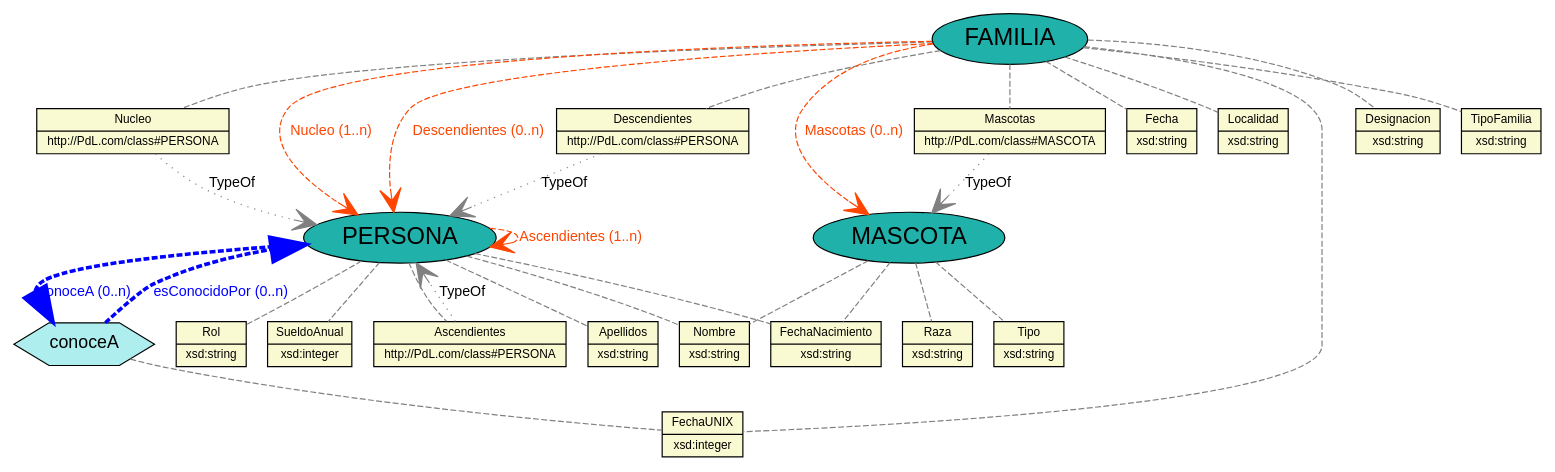
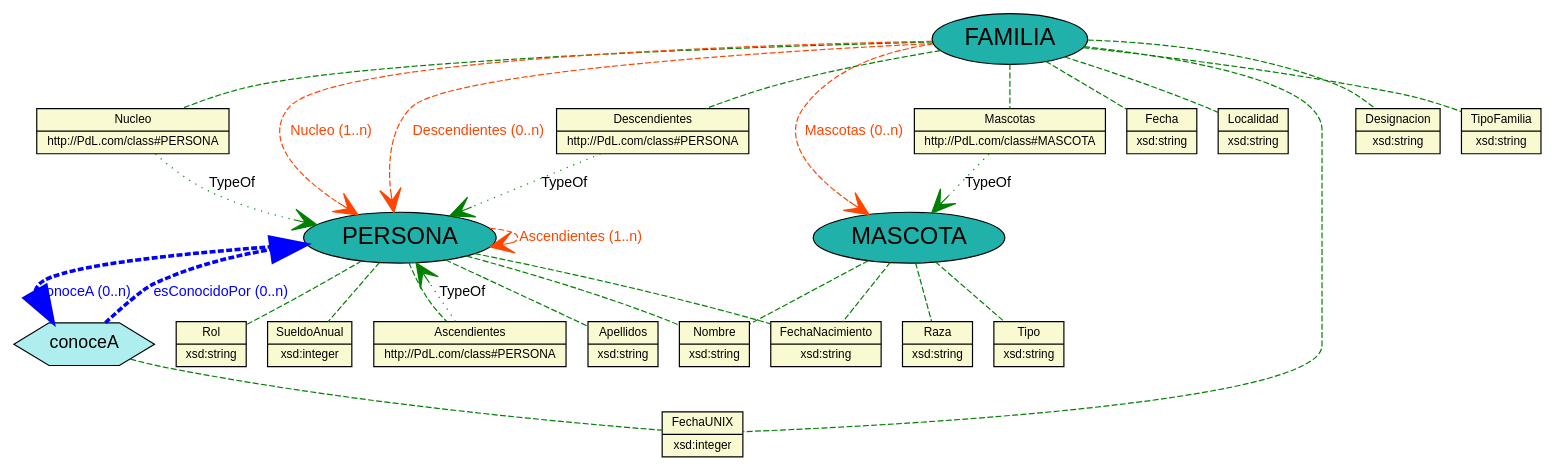
One commit to JuanCasado/Lenguajes changed the diagram in Output/csv_dot1_domain.dot. Above: the diagram before and after it, drawn with Graphviz. The commit also changed 14 other files, not shown here.

```diff
--- a/Output/csv_dot1_domain.dot
+++ b/Output/csv_dot1_domain.dot
@@ -1,85 +1,86 @@
 graph domain{
 	//Defecto
 	node [fontname="Arial"];
 	edge [fontname="Arial",fontsize=12];
 
 	//PROPERTIES
 	  node [shape="record",style="filled",fillcolor="lightgoldenrodyellow",fontsize="10"]
 	
 	property_Apellidos [label="{Apellidos|xsd:string}"];
 	property_Mascotas [label="{Mascotas|http://PdL.com/class#MASCOTA}"];
 	property_Fecha [label="{Fecha|xsd:string}"];
 	property_FechaNacimiento [label="{FechaNacimiento|xsd:string}"];
 	property_Tipo [label="{Tipo|xsd:string}"];
 	property_Descendientes [label="{Descendientes|http://PdL.com/class#PERSONA}"];
 	property_Raza [label="{Raza|xsd:string}"];
 	property_Localidad [label="{Localidad|xsd:string}"];
 	property_Rol [label="{Rol|xsd:string}"];
 	property_SueldoAnual [label="{SueldoAnual|xsd:integer}"];
 	property_FechaUNIX [label="{FechaUNIX|xsd:integer}"];
 	property_Nucleo [label="{Nucleo|http://PdL.com/class#PERSONA}"];
 	property_Nombre [label="{Nombre|xsd:string}"];
 	property_Ascendientes [label="{Ascendientes|http://PdL.com/class#PERSONA}"];
 	property_Designacion [label="{Designacion|xsd:string}"];
 	property_TipoFamilia [label="{TipoFamilia|xsd:string}"];
 
 	//CLASES
 	node [shape="ellipse",style="filled",fillcolor="lightseagreen",fontsize="20"]	
 	
 	class_PERSONA [label="PERSONA"];
 	class_MASCOTA [label="MASCOTA"];
 	class_FAMILIA [label="FAMILIA"];
 
 	//RELACIONES
 	node [shape="hexagon",style="filled",fillcolor="paleturquoise",fontsize="15"]	
 	
 	relationship_conoceA [label=conoceA];
 
 	//CLASE -- PROPIEDAD
 
-edge[style="dashed",len="3",color="grey"]	
+edge[style="dashed",len="3",color="grey"]	edge[color="green", ]
+
 	class_PERSONA -- property_Nombre;
 	class_PERSONA -- property_Apellidos;
 	class_PERSONA -- property_Rol;
 	class_PERSONA -- property_FechaNacimiento;
 	class_PERSONA -- property_SueldoAnual;
 	class_PERSONA -- property_Ascendientes;
 	class_MASCOTA -- property_Tipo;
 	class_MASCOTA -- property_Nombre;
 	class_MASCOTA -- property_Raza;
 	class_MASCOTA -- property_FechaNacimiento;
 	class_FAMILIA -- property_FechaUNIX;
 	class_FAMILIA -- property_Fecha;
 	class_FAMILIA -- property_Localidad;
 	class_FAMILIA -- property_TipoFamilia;
 	class_FAMILIA -- property_Designacion;
 	class_FAMILIA -- property_Nucleo;
 	class_FAMILIA -- property_Descendientes;
 	class_FAMILIA -- property_Mascotas;
 
 	//RELACION -- PROPIEDAD
 	
 	relationship_conoceA -- property_FechaUNIX;
 
 	// uso indirecto de definición de tipos
 	edge[style="dotted",arrowhead="vee",dir="forward",arrowsize="2"];
 	property_Mascotas -- class_MASCOTA [label="TypeOf"];
 	property_Descendientes -- class_PERSONA [label="TypeOf"];
 	property_Nucleo -- class_PERSONA [label="TypeOf"];
 	property_Ascendientes -- class_PERSONA [label="TypeOf"];
 
 	// asociaciones a través de atributos marcadas de forma directa
 	edge[fontcolor="orangered", color="orangered", style="dashed", arrowhead="vee",dir="forward",arrowsize="2"];
 	class_PERSONA -- class_PERSONA [label="Ascendientes (1..n) "];
 	class_FAMILIA -- class_PERSONA [label="Nucleo (1..n) "];
 	class_FAMILIA -- class_PERSONA [label="Descendientes (0..n) "];
 	class_FAMILIA -- class_MASCOTA [label="Mascotas (0..n) "];
 
 	// herencias
 	edge[len="5"fontcolor="black",color="black",arrowhead="normal",arrowsize="3",dir="back",]
 	// enlaces de relaciones
 	edge[len="2",penwidth="3",color="blue",fontcolor="blue",dir="forward",arrowhead="normal"]
 	class_PERSONA -- relationship_conoceA [label="conoceA (0..n)"];
 	relationship_conoceA -- class_PERSONA [label="esConocidoPor (0..n)"];
 
 }
```
